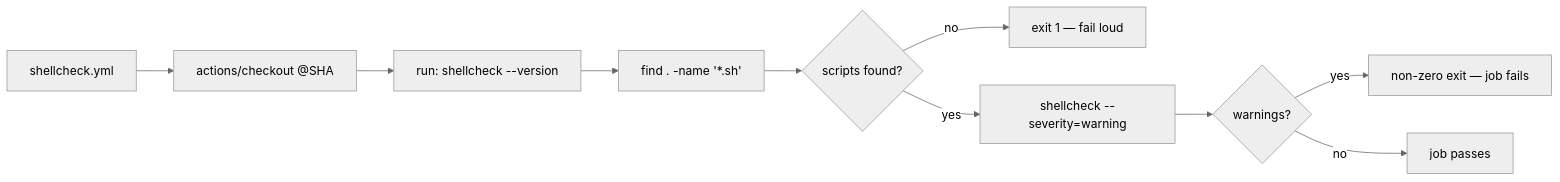
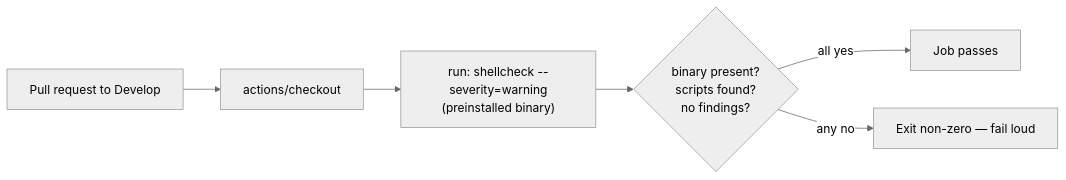
Before and after one commit to stSoftwareAU/NEAT-AI: the diagram in docs/archive/pr-summaries/pr-summary-3426.md, drawn with Mermaid (neutral theme). The commit also changed other lines of this file, not shown here.

First line of the commit message:
Add PR summary for Issue #3426 shellcheck migration

````diff
--- a/docs/archive/pr-summaries/pr-summary-3426.md
+++ b/docs/archive/pr-summaries/pr-summary-3426.md
@@ -29,12 +43,8 @@
 ```mermaid
 flowchart LR
-    A[shellcheck.yml] --> B[actions/checkout @SHA]
-    B --> C["run: shellcheck --version"]
-    C --> D["find . -name '*.sh'"]
-    D --> E{"scripts found?"}
-    E -- no --> F["exit 1 — fail loud"]
-    E -- yes --> G["shellcheck --severity=warning"]
-    G --> H{"warnings?"}
-    H -- yes --> I["non-zero exit — job fails"]
-    H -- no --> J["job passes"]
+    PR[Pull request to Develop] --> CO[actions/checkout]
+    CO --> RUN["run: shellcheck --severity=warning<br/>(preinstalled binary)"]
+    RUN --> CHK{binary present?<br/>scripts found?<br/>no findings?}
+    CHK -- "all yes" --> OK[Job passes]
+    CHK -- "any no" --> FAIL[Exit non-zero — fail loud]
 ```
````
